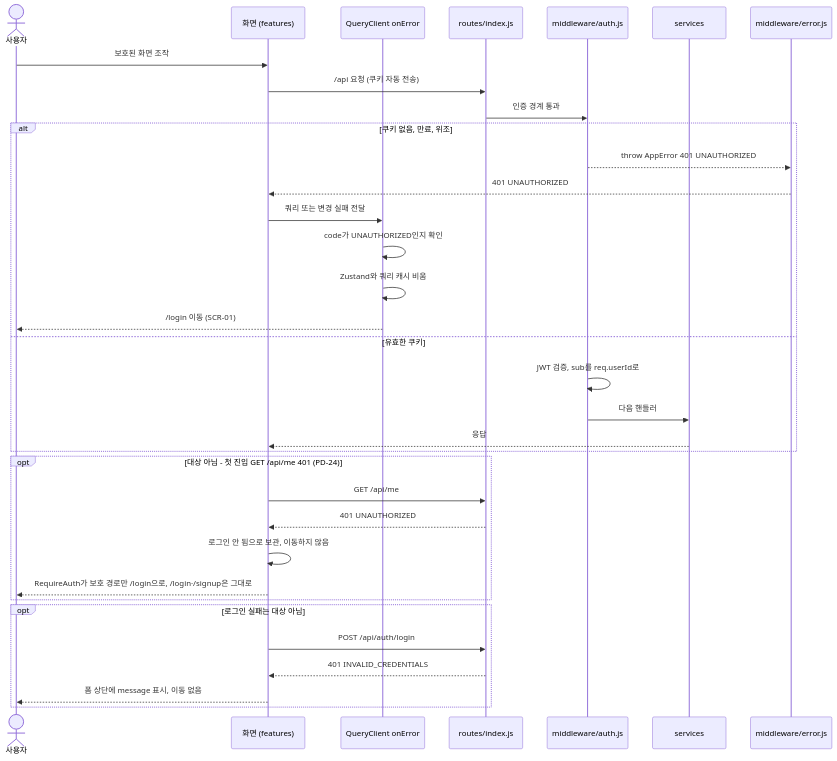
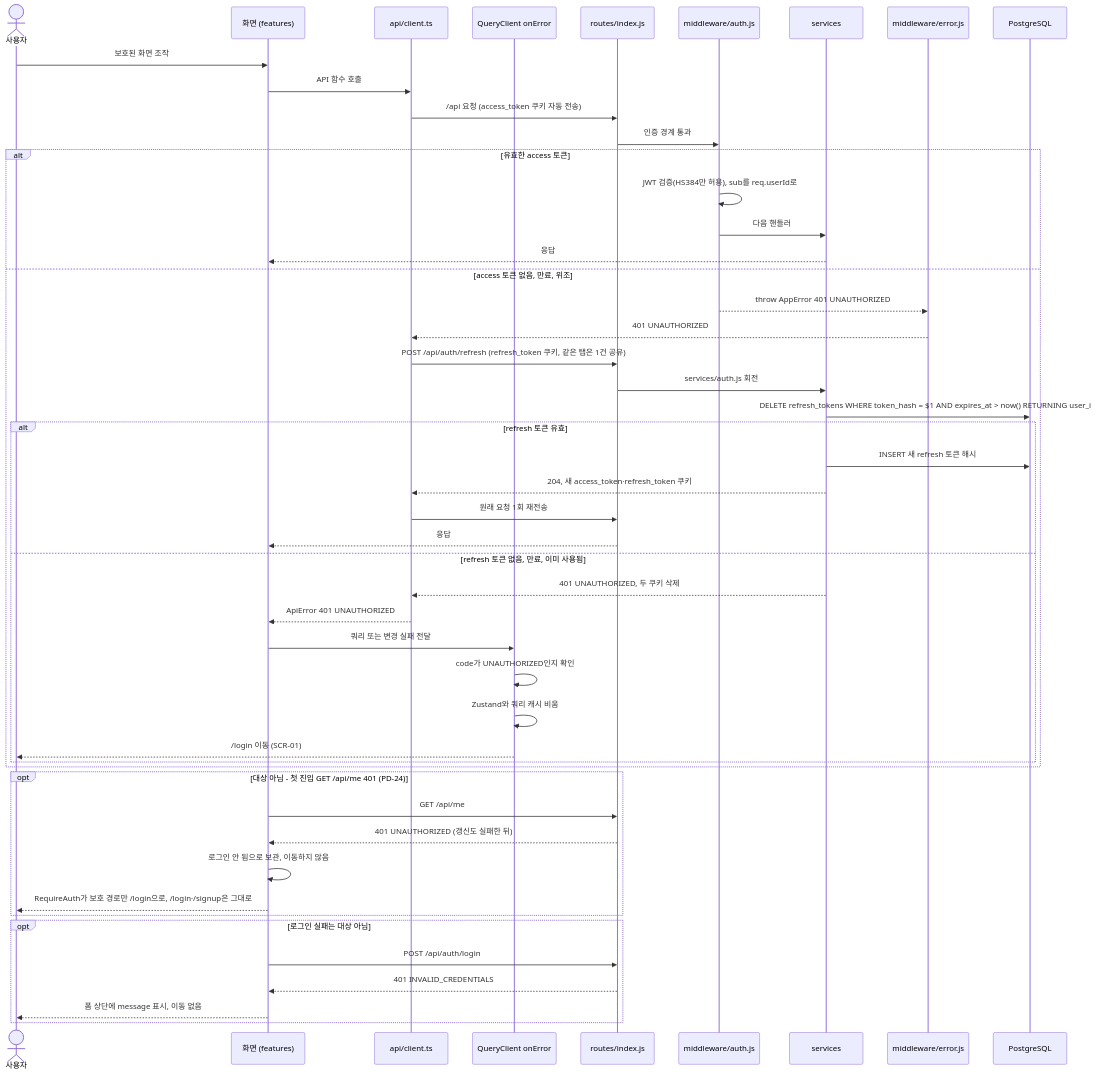
Before and after one commit to pomyeong/todolist-app: the fifth of 10 diagrams in docs/6-arch-diagram.md, drawn with Mermaid. The commit also changed other lines of this file and 7 other files, not shown here.

First line of the commit message:
docs: 실행 계획(WBS) 추가, JWT HS384·refresh 토큰 인증 반영, 문서 간 정합성 정리

````diff
--- a/docs/6-arch-diagram.md
+++ b/docs/6-arch-diagram.md
@@ -226,37 +233,52 @@
 ```mermaid
 sequenceDiagram
     actor U as 사용자
     participant FE as 화면 (features)
+    participant CL as api/client.ts
     participant QC as QueryClient onError
     participant RT as routes/index.js
     participant AM as middleware/auth.js
     participant SV as services
     participant EM as middleware/error.js
+    participant DB as PostgreSQL
 
     U->>FE: 보호된 화면 조작
-    FE->>RT: /api 요청 (쿠키 자동 전송)
+    FE->>CL: API 함수 호출
+    CL->>RT: /api 요청 (access_token 쿠키 자동 전송)
     RT->>AM: 인증 경계 통과
-    alt 쿠키 없음, 만료, 위조
-        AM-->>EM: throw AppError 401 UNAUTHORIZED
-        EM-->>FE: 401 UNAUTHORIZED
-        FE->>QC: 쿼리 또는 변경 실패 전달
-        QC->>QC: code가 UNAUTHORIZED인지 확인
-        QC->>QC: Zustand와 쿼리 캐시 비움
-        QC-->>U: /login 이동 (SCR-01)
-    else 유효한 쿠키
-        AM->>AM: JWT 검증, sub를 req.userId로
+    alt 유효한 access 토큰
+        AM->>AM: JWT 검증(HS384만 허용), sub를 req.userId로
         AM->>SV: 다음 핸들러
         SV-->>FE: 응답
+    else access 토큰 없음, 만료, 위조
+        AM-->>EM: throw AppError 401 UNAUTHORIZED
+        EM-->>CL: 401 UNAUTHORIZED
+        CL->>RT: POST /api/auth/refresh (refresh_token 쿠키, 같은 탭은 1건 공유)
+        RT->>SV: services/auth.js 회전
+        SV->>DB: DELETE refresh_tokens WHERE token_hash = $1 AND expires_at > now() RETURNING user_id
+        alt refresh 토큰 유효
+            SV->>DB: INSERT 새 refresh 토큰 해시
+            SV-->>CL: 204, 새 access_token·refresh_token 쿠키
+            CL->>RT: 원래 요청 1회 재전송
+            RT-->>FE: 응답
+        else refresh 토큰 없음, 만료, 이미 사용됨
+            SV-->>CL: 401 UNAUTHORIZED, 두 쿠키 삭제
+            CL-->>FE: ApiError 401 UNAUTHORIZED
+            FE->>QC: 쿼리 또는 변경 실패 전달
+            QC->>QC: code가 UNAUTHORIZED인지 확인
+            QC->>QC: Zustand와 쿼리 캐시 비움
+            QC-->>U: /login 이동 (SCR-01)
+        end
     end
     opt 대상 아님 - 첫 진입 GET /api/me 401 (PD-24)
         FE->>RT: GET /api/me
-        RT-->>FE: 401 UNAUTHORIZED
+        RT-->>FE: 401 UNAUTHORIZED (갱신도 실패한 뒤)
         FE->>FE: 로그인 안 됨으로 보관, 이동하지 않음
         FE-->>U: RequireAuth가 보호 경로만 /login으로, /login·/signup은 그대로
     end
     opt 로그인 실패는 대상 아님
         FE->>RT: POST /api/auth/login
         RT-->>FE: 401 INVALID_CREDENTIALS
         FE-->>U: 폼 상단에 message 표시, 이동 없음
     end
 ```
````
